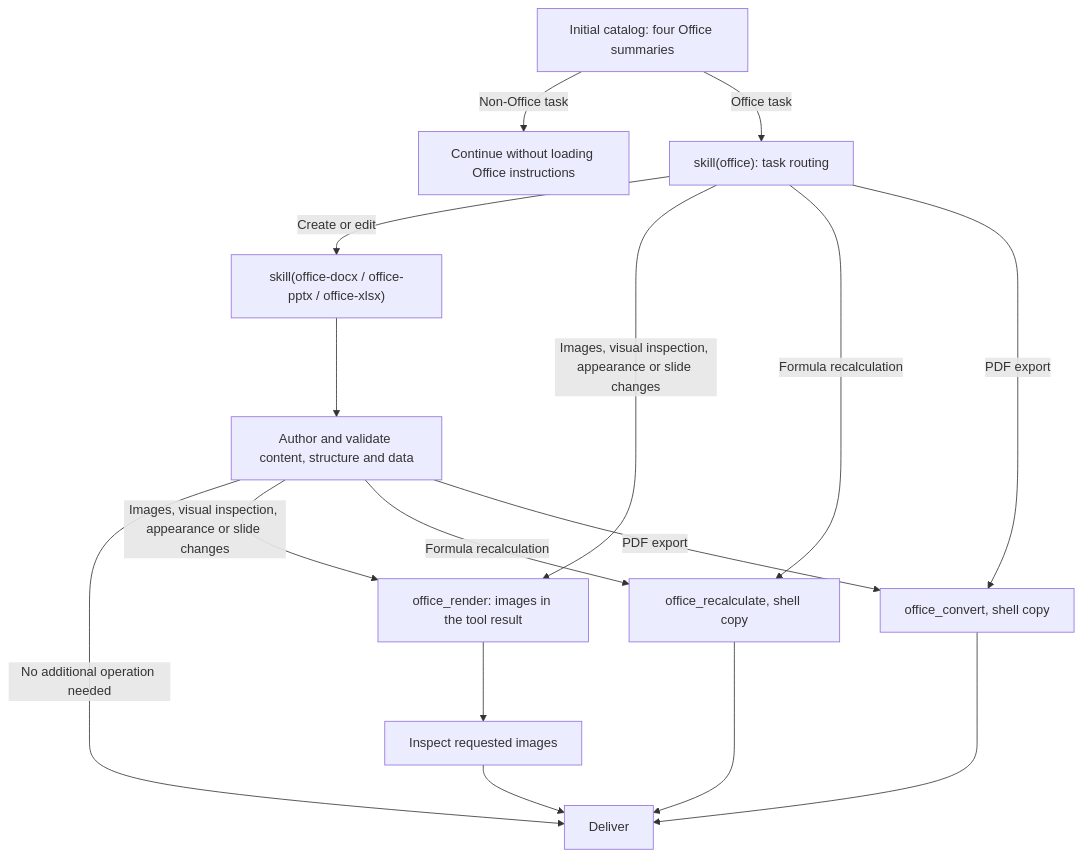
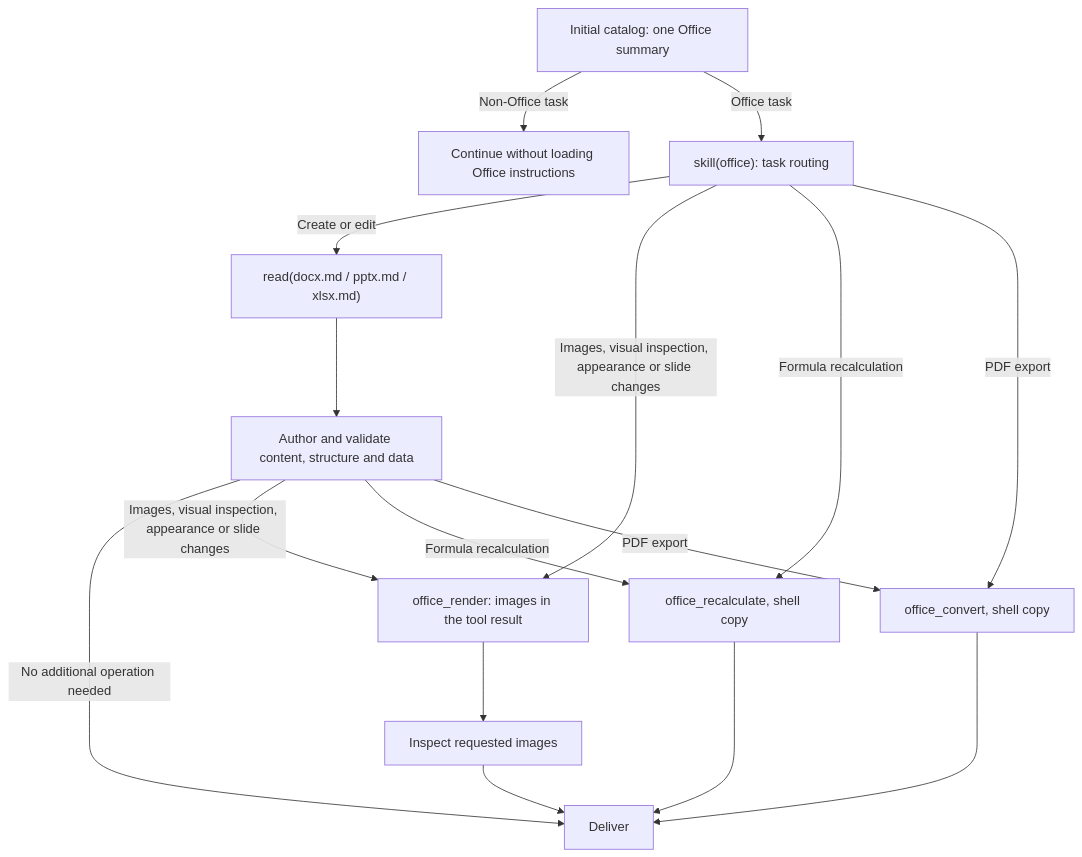
The diagram in packages/skill/skill-office/README.md (deepseek-ai/deepseek-harness), drawn with Mermaid before and after one commit. The commit also changed other lines of this file and 50 other files, not shown here.

````diff
--- a/packages/skill/skill-office/README.md
+++ b/packages/skill/skill-office/README.md
@@ -50,23 +50,23 @@
 ```mermaid
 flowchart TD
-    A["Initial catalog: four Office summaries"]
+    A["Initial catalog: one Office summary"]
     A -->|Non-Office task| N["Continue without loading Office instructions"]
     A -->|Office task| B["skill(office): task routing"]
 
-    B -->|Create or edit| C["skill(office-docx / office-pptx / office-xlsx)"]
+    B -->|Create or edit| C["read(docx.md / pptx.md / xlsx.md)"]
     C --> D["Author and validate content, structure and data"]
     D -->|No additional operation needed| F["Deliver"]
 
     B -->|Images, visual inspection, appearance or slide changes| R["office_render: images in the tool result"]
     D -->|Images, visual inspection, appearance or slide changes| R
     R --> V["Inspect requested images"]
     V --> F
 
     B -->|Formula recalculation| X["office_recalculate, shell copy"]
     D -->|Formula recalculation| X
     X --> F
 
     B -->|PDF export| P["office_convert, shell copy"]
     D -->|PDF export| P
     P --> F
 ```
````
